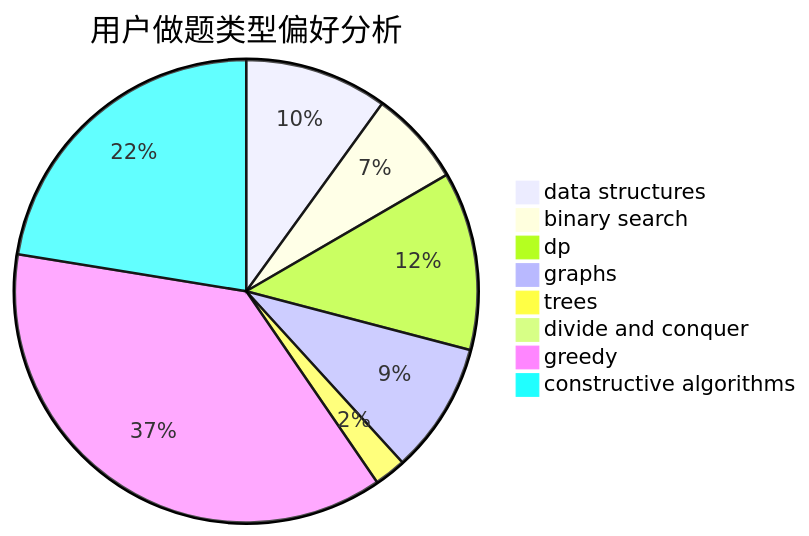
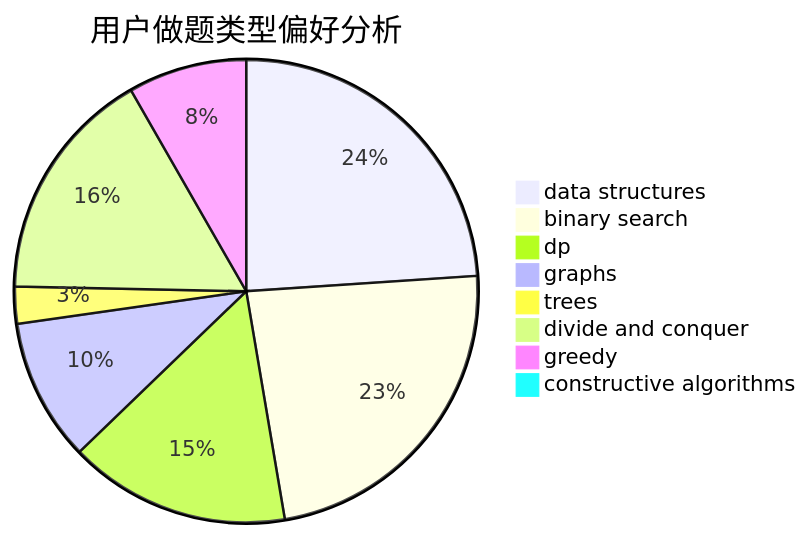
One commit to sherpahu/cfrs.github.io changed the second of 3 diagrams in docs/user/u898.md. Above: the diagram before and after it, drawn with Mermaid. The commit also changed other lines of this file and 2770 other files, not shown here.

````diff
--- a/docs/user/u898.md
+++ b/docs/user/u898.md
@@ -23,11 +23,11 @@
 ```mermaid
 pie title 用户做题类型偏好分析
-    "data structures" :  36
-    "binary search" :  24
-    "dp" :  45
-    "graphs" :  33
-    "trees" :  8
-    "divide and conquer" :  1
-    "greedy" :  134
-    "constructive algorithms" :  81
+    "data structures" :  130
+    "binary search" :  127
+    "dp" :  84
+    "graphs" :  54
+    "trees" :  14
+    "divide and conquer" :  89
+    "greedy" :  45
+    "constructive algorithms" :  4
 ```
````
